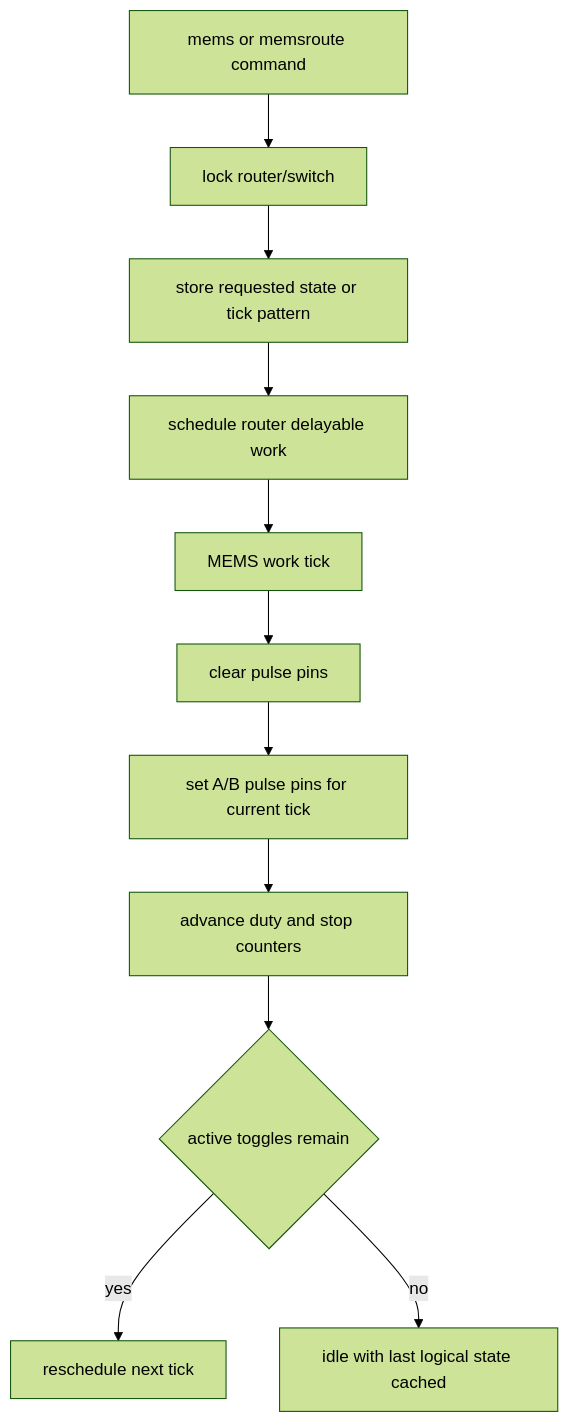
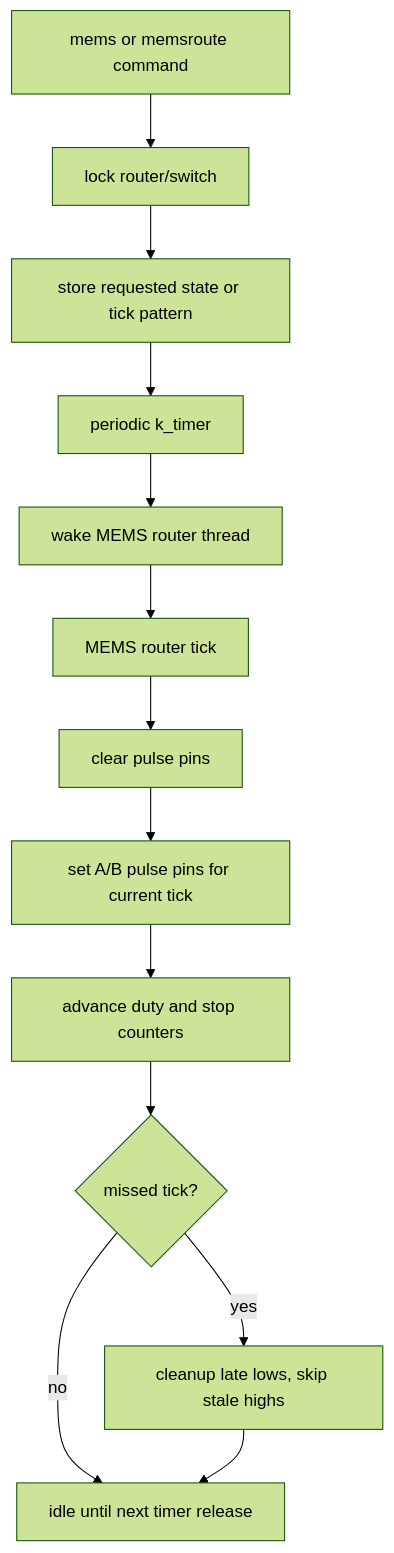
Diagram 11 of 17 in doc/diagrams.md (COO-Utilities/hispec-tib), drawn with Mermaid (forest theme) before and after one commit. The commit also changed other lines of this file and 12 other files, not shown here.

````diff
--- a/doc/diagrams.md
+++ b/doc/diagrams.md
@@ -204,13 +204,15 @@
 ```mermaid
 flowchart TD
   Command[mems or memsroute command] --> Lock[lock router/switch]
   Lock --> Target[store requested state or tick pattern]
-  Target --> Schedule[schedule router delayable work]
-  Schedule --> Tick[MEMS work tick]
+  Target --> Timer[periodic k_timer]
+  Timer --> Wake[wake MEMS router thread]
+  Wake --> Tick[MEMS router tick]
   Tick --> Clear[clear pulse pins]
   Clear --> Apply[set A/B pulse pins for current tick]
   Apply --> Advance[advance duty and stop counters]
-  Advance --> More{active toggles remain}
-  More -- yes --> Reschedule[reschedule next tick]
-  More -- no --> Idle[idle with last logical state cached]
+  Advance --> Missed{missed tick?}
+  Missed -- no --> Idle[idle until next timer release]
+  Missed -- yes --> Classify[cleanup late lows, skip stale highs]
+  Classify --> Idle
 ```
````
